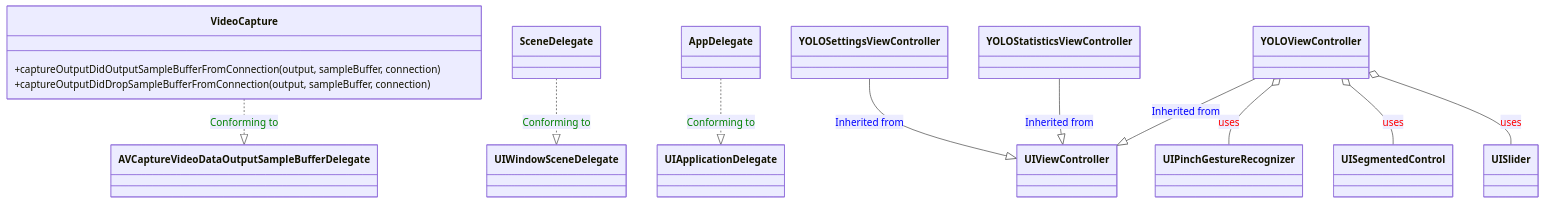
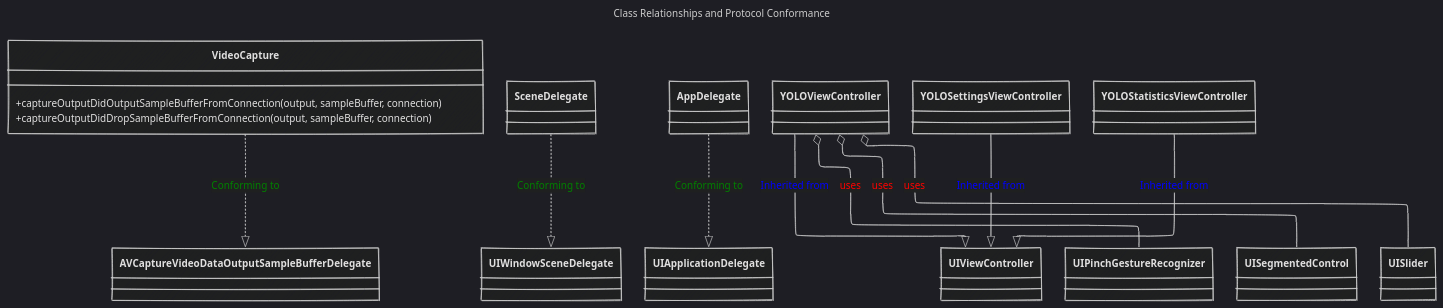
The sixth of 10 diagrams in Reversing_Engineer_through_Interfaces/Swift-generated_header_file_in_depth_in_Mermaid.md (CongLeSolutionX/iOS-development-vault), drawn with Mermaid before and after one commit. The commit also changed other lines of this file and 8 other files, not shown here.

````diff
--- a/Reversing_Engineer_through_Interfaces/Swift-generated_header_file_in_depth_in_Mermaid.md
+++ b/Reversing_Engineer_through_Interfaces/Swift-generated_header_file_in_depth_in_Mermaid.md
@@ -323,44 +358,51 @@
 ```mermaid
+---
+title: Class Relationships and Protocol Conformance
+config:
+  layout: elk
+  look: handDrawn
+  theme: dark
+---
 %%   Notes:
 %%   - Blue arrows (`--|>`) represent inheritance.
 %%   - Green arrows (`..|>`) represent protocol conformance.
 %%   - Red Open diamonds arrows (`o--`) represent associations (usage/has-a relationships).
 
 classDiagram
     class AVCaptureVideoDataOutputSampleBufferDelegate
     class VideoCapture {
         +captureOutputDidOutputSampleBufferFromConnection(output, sampleBuffer, connection)
         +captureOutputDidDropSampleBufferFromConnection(output, sampleBuffer, connection)
     }
     VideoCapture ..|> AVCaptureVideoDataOutputSampleBufferDelegate : <font color=green>Conforming to</font>
 
     class UIWindowSceneDelegate
     class SceneDelegate
     SceneDelegate ..|> UIWindowSceneDelegate : <font color=green>Conforming to</font>
 
     class UIApplicationDelegate
     class AppDelegate
     AppDelegate ..|> UIApplicationDelegate : <font color=green>Conforming to</font>
 
     %% View Controllers Conforming to UIViewController
     class UIViewController
 
     class YOLOViewController
     YOLOViewController --|> UIViewController :  <font color=blue>Inherited from</font>
 
     class YOLOSettingsViewController
     YOLOSettingsViewController --|> UIViewController :  <font color=blue>Inherited from</font>
 
     class YOLOStatisticsViewController
     YOLOStatisticsViewController --|> UIViewController :  <font color=blue>Inherited from</font>
 
     %% Gesture Recognizers and Controls
     class UIPinchGestureRecognizer
     class UISegmentedControl
     class UISlider
 
     YOLOViewController o-- UIPinchGestureRecognizer : <font color=red>uses</font>
     YOLOViewController o-- UISegmentedControl : <font color=red>uses</font>
     YOLOViewController o-- UISlider : <font color=red>uses</font>
 
 ```
````
